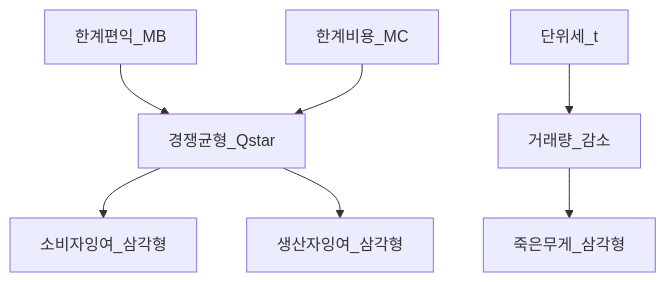
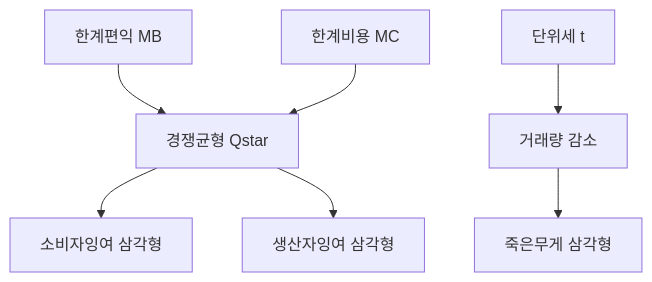
Before and after one commit to goldanghenry/Finances: the first of 4 diagrams in 02-economics/micro-04-welfare-externalities.md, drawn with Mermaid. The commit also changed other lines of this file and 211 other files, not shown here.

````diff
--- a/02-economics/micro-04-welfare-externalities.md
+++ b/02-economics/micro-04-welfare-externalities.md
@@ -123,9 +133,9 @@
 ```mermaid
 flowchart TD
-  MB[한계편익_MB] --> EQ[경쟁균형_Qstar]
-  MC[한계비용_MC] --> EQ
-  EQ --> CS[소비자잉여_삼각형]
-  EQ --> PS[생산자잉여_삼각형]
-  Tax[단위세_t] --> Q1[거래량_감소]
-  Q1 --> DWL[죽은무게_삼각형]
+  MB["한계편익 MB"] --> EQ["경쟁균형 Qstar"]
+  MC["한계비용 MC"] --> EQ
+  EQ --> CS["소비자잉여 삼각형"]
+  EQ --> PS["생산자잉여 삼각형"]
+  Tax["단위세 t"] --> Q1["거래량 감소"]
+  Q1 --> DWL["죽은무게 삼각형"]
 ```
````
